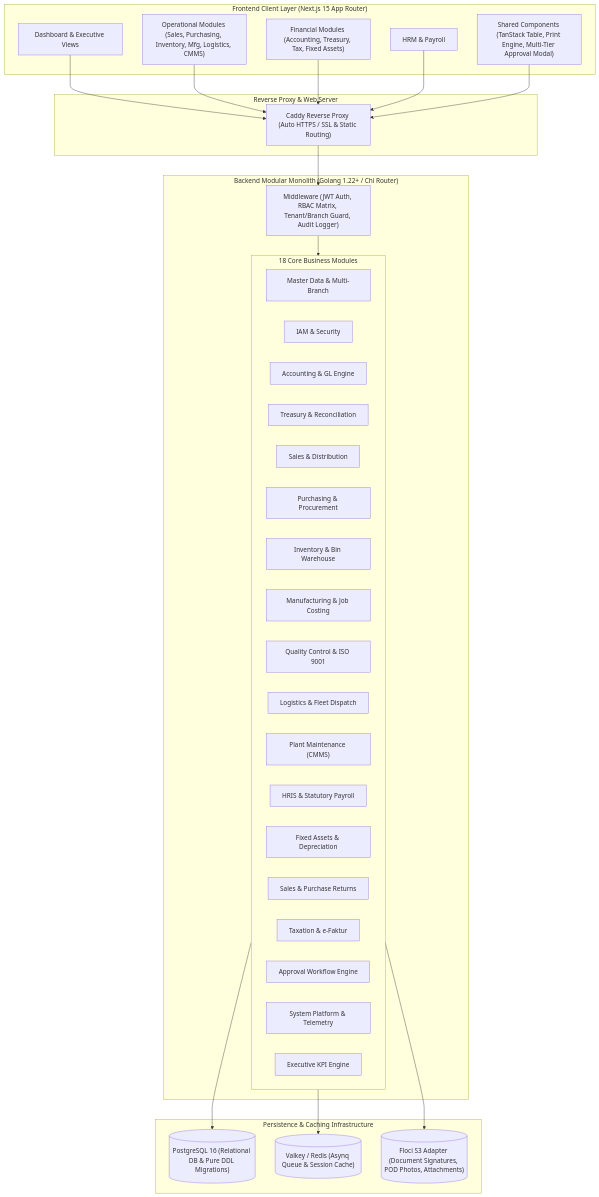
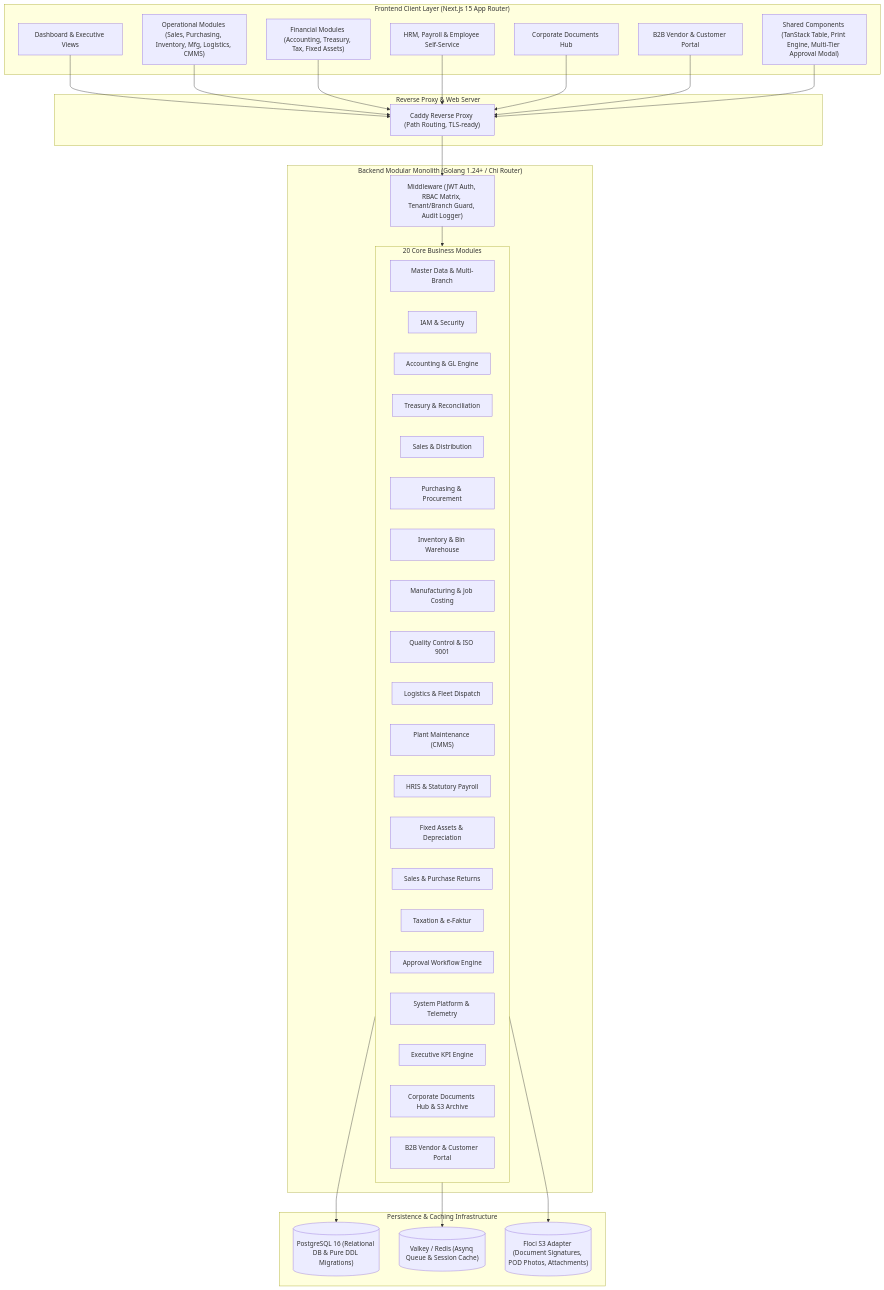
One commit to Vall-Here/mnf-erp-nextjs-golang changed the first of 2 diagrams in sdd/00_system_architecture_overview.md. Above: the diagram before and after it, drawn with Mermaid. The commit also changed other lines of this file and 16 other files, not shown here.

````diff
--- a/sdd/00_system_architecture_overview.md
+++ b/sdd/00_system_architecture_overview.md
@@ -7,57 +7,63 @@
 ```mermaid
 graph TB
     subgraph ClientLayer ["Frontend Client Layer (Next.js 15 App Router)"]
         UI_DASH["Dashboard & Executive Views"]
         UI_OPS["Operational Modules (Sales, Purchasing, Inventory, Mfg, Logistics, CMMS)"]
         UI_FIN["Financial Modules (Accounting, Treasury, Tax, Fixed Assets)"]
-        UI_HR["HRM & Payroll"]
+        UI_HR["HRM, Payroll & Employee Self-Service"]
+        UI_DOC["Corporate Documents Hub"]
+        UI_PORTAL["B2B Vendor & Customer Portal"]
         UI_SHARED["Shared Components (TanStack Table, Print Engine, Multi-Tier Approval Modal)"]
     end
 
     subgraph Gateway ["Reverse Proxy & Web Server"]
-        CADDY["Caddy Reverse Proxy (Auto HTTPS / SSL & Static Routing)"]
+        CADDY["Caddy Reverse Proxy (Path Routing, TLS-ready)"]
     end
 
-    subgraph BackendMonolith ["Backend Modular Monolith (Golang 1.22+ / Chi Router)"]
+    subgraph BackendMonolith ["Backend Modular Monolith (Golang 1.24+ / Chi Router)"]
         AUTH_MW["Middleware (JWT Auth, RBAC Matrix, Tenant/Branch Guard, Audit Logger)"]
         
-        subgraph CoreBusinessModules ["18 Core Business Modules"]
+        subgraph CoreBusinessModules ["20 Core Business Modules"]
             MOD_MASTER["Master Data & Multi-Branch"]
             MOD_IAM["IAM & Security"]
             MOD_ACCT["Accounting & GL Engine"]
             MOD_TREAS["Treasury & Reconciliation"]
             MOD_SALES["Sales & Distribution"]
             MOD_PURCH["Purchasing & Procurement"]
             MOD_INV["Inventory & Bin Warehouse"]
             MOD_MFG["Manufacturing & Job Costing"]
             MOD_QC["Quality Control & ISO 9001"]
             MOD_LOG["Logistics & Fleet Dispatch"]
             MOD_CMMS["Plant Maintenance (CMMS)"]
             MOD_HRM["HRIS & Statutory Payroll"]
             MOD_FA["Fixed Assets & Depreciation"]
             MOD_RET["Sales & Purchase Returns"]
             MOD_TAX["Taxation & e-Faktur"]
             MOD_WF["Approval Workflow Engine"]
             MOD_SYS["System Platform & Telemetry"]
             MOD_DASH["Executive KPI Engine"]
+            MOD_DOC["Corporate Documents Hub & S3 Archive"]
+            MOD_PORTAL["B2B Vendor & Customer Portal"]
         end
     end
 
     subgraph StorageLayer ["Persistence & Caching Infrastructure"]
         PG[("PostgreSQL 16 (Relational DB & Pure DDL Migrations)")]
         VALKEY[("Valkey / Redis (Asynq Queue & Session Cache)")]
         FLOCI[("Floci S3 Adapter (Document Signatures, POD Photos, Attachments)")]
     end
 
     UI_DASH --> CADDY
     UI_OPS --> CADDY
     UI_FIN --> CADDY
     UI_HR --> CADDY
+    UI_DOC --> CADDY
+    UI_PORTAL --> CADDY
     UI_SHARED --> CADDY
     CADDY --> AUTH_MW
     AUTH_MW --> CoreBusinessModules
 
     CoreBusinessModules --> PG
     CoreBusinessModules --> VALKEY
     CoreBusinessModules --> FLOCI
 ```
````
